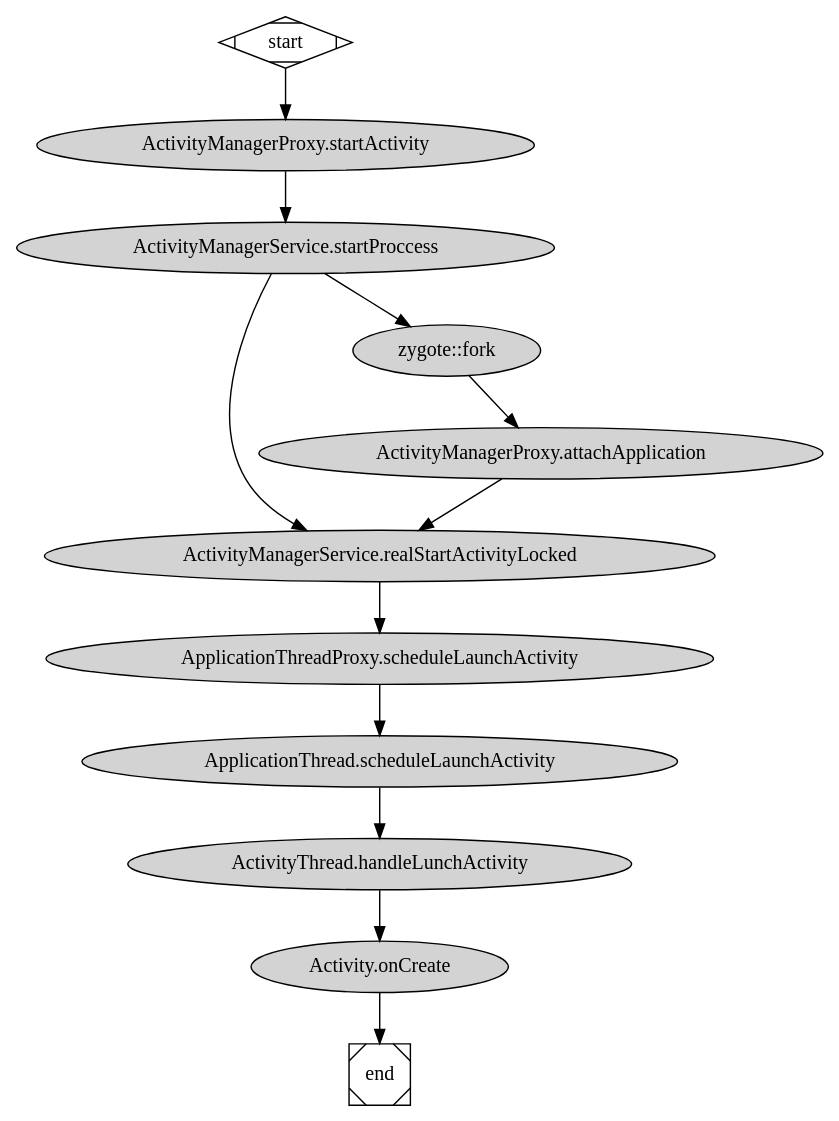
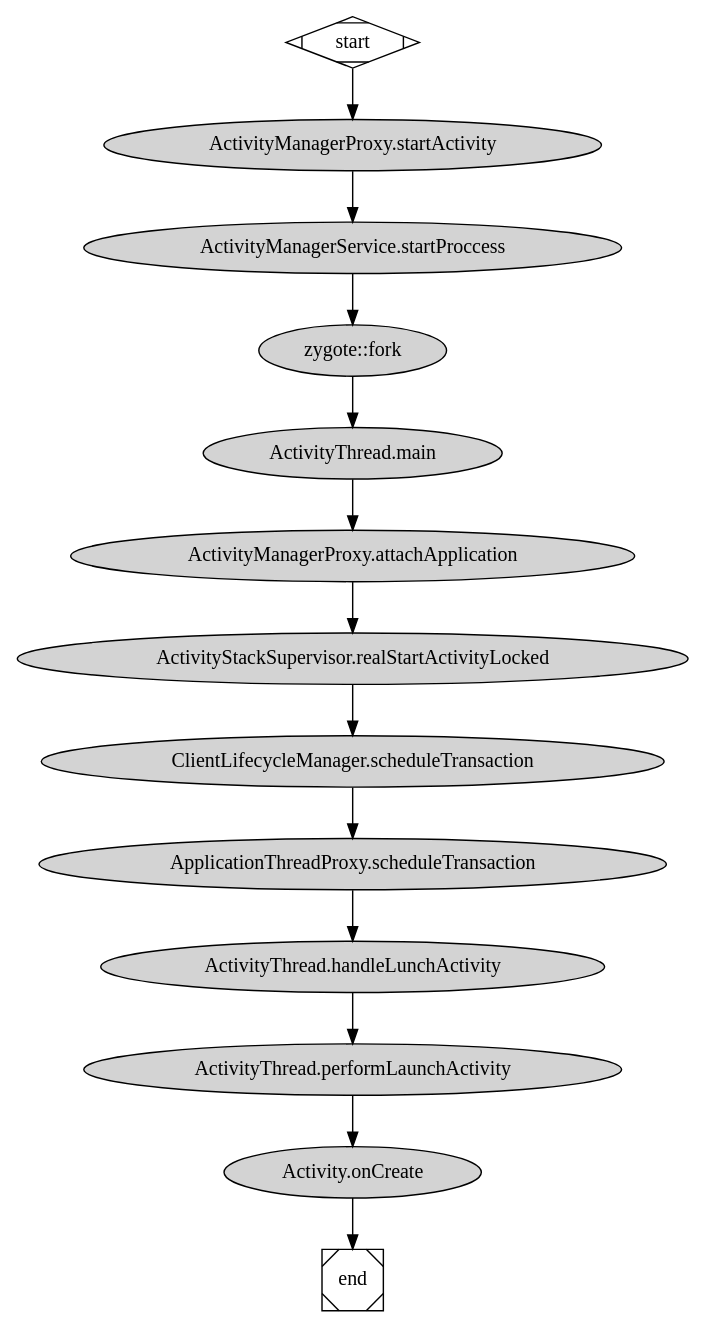
Before and after one commit to novelinux/android: the diagram in app/start/activity_start.dot, drawn with Graphviz. The commit also changed 1 other file, not shown here.

```diff
--- a/app/start/activity_start.dot
+++ b/app/start/activity_start.dot
@@ -1,52 +1,58 @@
 digraph ActivityStart {
 
   subgraph Launcher {
     node [style=filled];
     color = blue;
     label = "Launcher";
 
     a1[label="ActivityManagerProxy.startActivity"]
   }
 
   subgraph system_server {
     node [style=filled];
     color = lightgrey;
     label = "system_server";
 
     b1[label="ActivityManagerService.startProccess"]
-    b2[label="ActivityManagerService.realStartActivityLocked"]
-    b3[label="ApplicationThreadProxy.scheduleLaunchActivity"]
 
-    b1 -> b2 -> b3;
+    b2[label="ActivityStackSupervisor.realStartActivityLocked"]
+    b3[label="ClientLifecycleManager.scheduleTransaction"]
+    b4[label="ApplicationThreadProxy.scheduleTransaction"]
+
+    b2 -> b3 -> b4;
   }
 
   subgraph zygote {
     node [style=filled];
     color = lightgrey;
     label = "zygote";
 
     c1[label="zygote::fork"]
   }
 
   subgraph AppMainThread {
     node [style=filled];
     color = lightgrey;
 
-    d1[label="ApplicationThread.scheduleLaunchActivity"]
-    d2[label="ActivityThread.handleLunchActivity"]
-    d3[label="Activity.onCreate"]
-    d4[label="ActivityManagerProxy.attachApplication"]
-    d1 -> d2 -> d3;
+    d1[label="ActivityThread.main"]
+    d2[label="ActivityManagerProxy.attachApplication"]
+
+    d3[label="ActivityThread.handleLunchActivity"]
+    d4[label="ActivityThread.performLaunchActivity"]
+    d5[label="Activity.onCreate"]
+
+    d1 -> d2;
+    d3 -> d4 -> d5;
   }
 
   start -> a1;
   a1 -> b1;
   b1 -> c1;
-  c1 -> d4;
-  d4 -> b2;
-  b3 -> d1;
-  d3 -> end;
+  c1 -> d1;
+  d2 -> b2;
+  b4 -> d3;
+  d5 -> end;
 
   start [shape=Mdiamond];
   end [shape=Msquare];
 }
```
